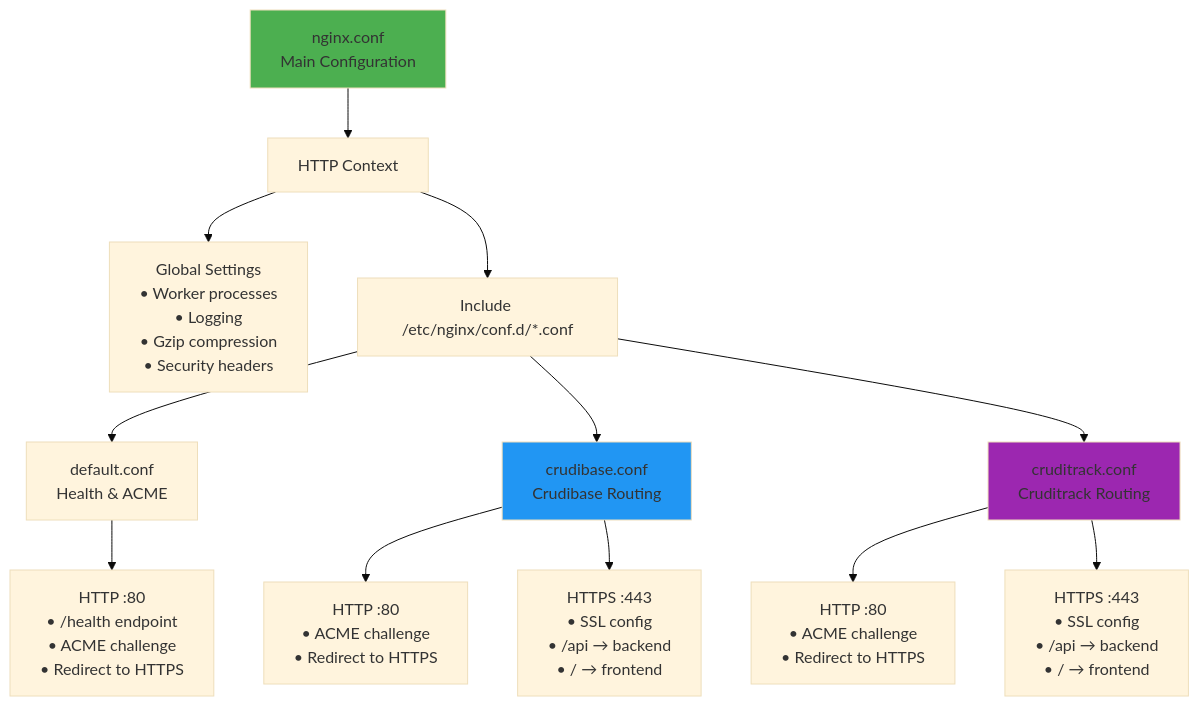
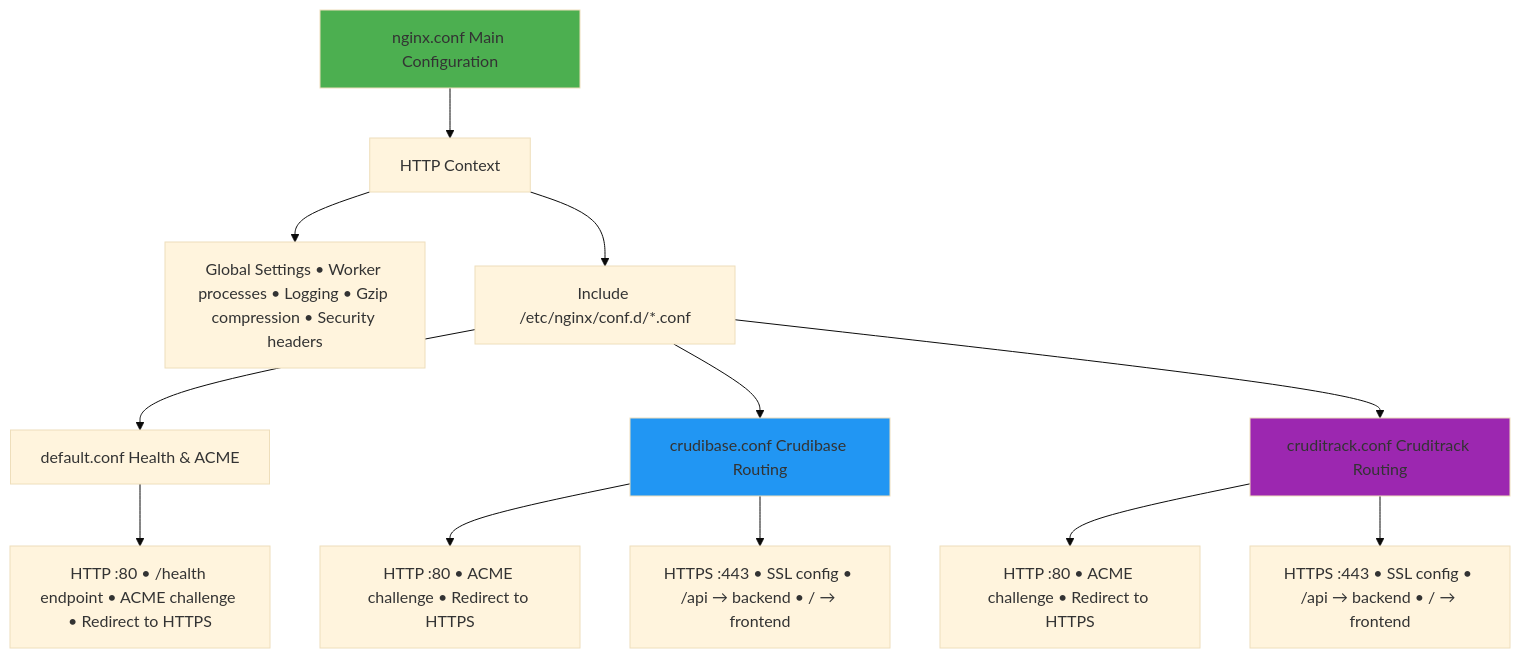
One commit to softwarewrighter/ssl-proxy-for-do changed the fourth of 10 diagrams in wiki/Architecture.md. Above: the diagram before and after it, drawn with Mermaid (base theme). The commit also changed other lines of this file and 7 other files, not shown here.

First line of the commit message:
Fix wiki Mermaid diagrams: remove remaining <br/> tags

````diff
--- a/wiki/Architecture.md
+++ b/wiki/Architecture.md
@@ -162,26 +162,26 @@
 ```mermaid
 graph TB
-    MainConf[nginx.conf<br/>Main Configuration]
+    MainConf[nginx.conf Main Configuration]
 
     MainConf --> HTTP[HTTP Context]
 
-    HTTP --> GlobalSettings[Global Settings<br/>• Worker processes<br/>• Logging<br/>• Gzip compression<br/>• Security headers]
+    HTTP --> GlobalSettings[Global Settings • Worker processes • Logging • Gzip compression • Security headers]
 
     HTTP --> IncludeConf[Include /etc/nginx/conf.d/*.conf]
 
-    IncludeConf --> DefaultConf[default.conf<br/>Health & ACME]
-    IncludeConf --> CrudibaseConf[crudibase.conf<br/>Crudibase Routing]
-    IncludeConf --> CruditrackConf[cruditrack.conf<br/>Cruditrack Routing]
+    IncludeConf --> DefaultConf[default.conf Health & ACME]
+    IncludeConf --> CrudibaseConf[crudibase.conf Crudibase Routing]
+    IncludeConf --> CruditrackConf[cruditrack.conf Cruditrack Routing]
 
-    DefaultConf --> DefaultHTTP[HTTP :80<br/>• /health endpoint<br/>• ACME challenge<br/>• Redirect to HTTPS]
+    DefaultConf --> DefaultHTTP[HTTP :80 • /health endpoint • ACME challenge • Redirect to HTTPS]
 
-    CrudibaseConf --> CB_HTTP[HTTP :80<br/>• ACME challenge<br/>• Redirect to HTTPS]
-    CrudibaseConf --> CB_HTTPS[HTTPS :443<br/>• SSL config<br/>• /api → backend<br/>• / → frontend]
+    CrudibaseConf --> CB_HTTP[HTTP :80 • ACME challenge • Redirect to HTTPS]
+    CrudibaseConf --> CB_HTTPS[HTTPS :443 • SSL config • /api → backend • / → frontend]
 
-    CruditrackConf --> CT_HTTP[HTTP :80<br/>• ACME challenge<br/>• Redirect to HTTPS]
-    CruditrackConf --> CT_HTTPS[HTTPS :443<br/>• SSL config<br/>• /api → backend<br/>• / → frontend]
+    CruditrackConf --> CT_HTTP[HTTP :80 • ACME challenge • Redirect to HTTPS]
+    CruditrackConf --> CT_HTTPS[HTTPS :443 • SSL config • /api → backend • / → frontend]
 
     style MainConf fill:#4CAF50
     style CrudibaseConf fill:#2196F3
     style CruditrackConf fill:#9C27B0
 ```
````
